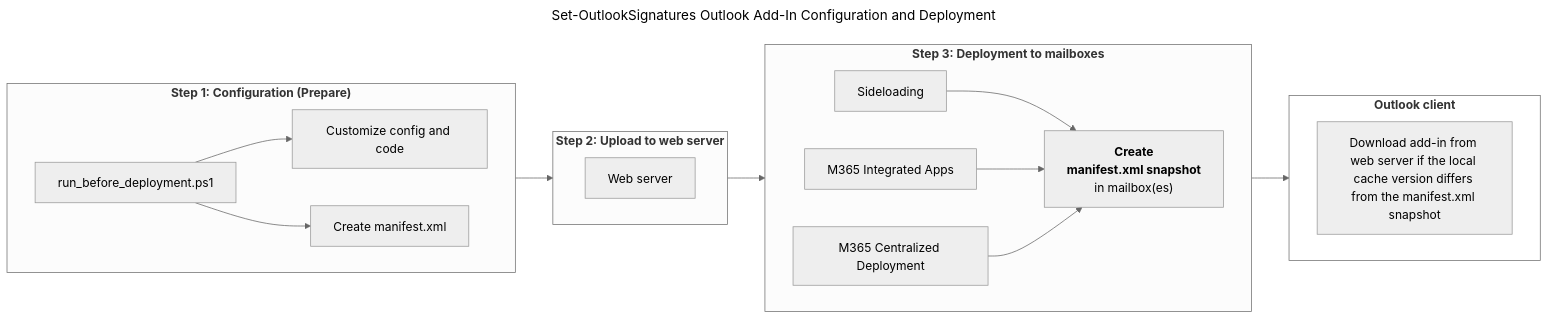
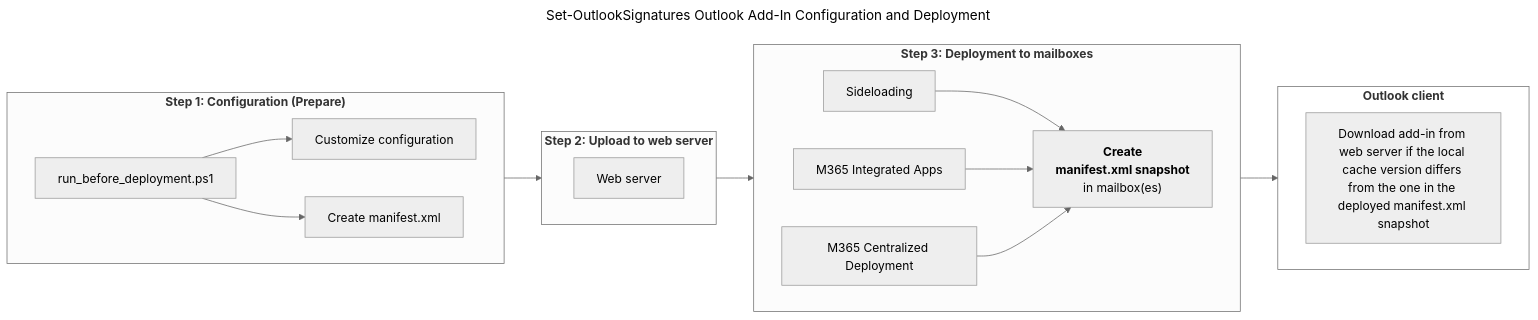
The diagram in outlookaddin.en.md (ExplicITConsulting/set-outlooksignatures.com), drawn with Mermaid (neutral theme) before and after one commit.

Commit message:
docs(details): Clarify stages of signature creation and deployment process

````diff
--- a/outlookaddin.en.md
+++ b/outlookaddin.en.md
@@ -209,48 +209,48 @@
 ```mermaid
 ---
 title: Set-OutlookSignatures Outlook Add-In Configuration and Deployment
 ---
 flowchart LR
   classDef nofill fill:none;
 
   subgraph S1 ["<b>Step 1: Configuration (Prepare)</b>"]
     direction LR
 
     script["run_before_deployment.ps1"]
-    files["Customize config and code"]
+    files["Customize configuration"]
     manifest["Create manifest.xml"]
 
     script --> files
     script --> manifest
   end
 
   subgraph S2 ["<b>Step 2: Upload to web server</b>"]
     direction LR
 
     server["Web server"]
   end
 
   subgraph Lifecycle ["<b>Outlook client</b>"]
     direction LR
 
-    cache["Download add-in from web server if the local cache version differs from the manifest.xml snapshot"]
+    cache["Download add-in from web server if the local cache version differs from the one in the deployed manifest.xml snapshot"]
   end
 
   subgraph S3 ["<b>Step 3: Deployment to mailboxes</b>"]
     direction LR
 
     side["Sideloading"]
     int["M365 Integrated Apps"]
     cent["M365 Centralized Deployment"]
     mbox["<b>Create<br/>manifest.xml snapshot</b><br/>in mailbox(es)"]:::snapshot
 
     side & int & cent --> mbox
   end
 
   S1 --> S2
   S2 --> S3
   S3 --> Lifecycle
 
   class Lifecycle nofill;
   class methods nofill;
 ```
````
